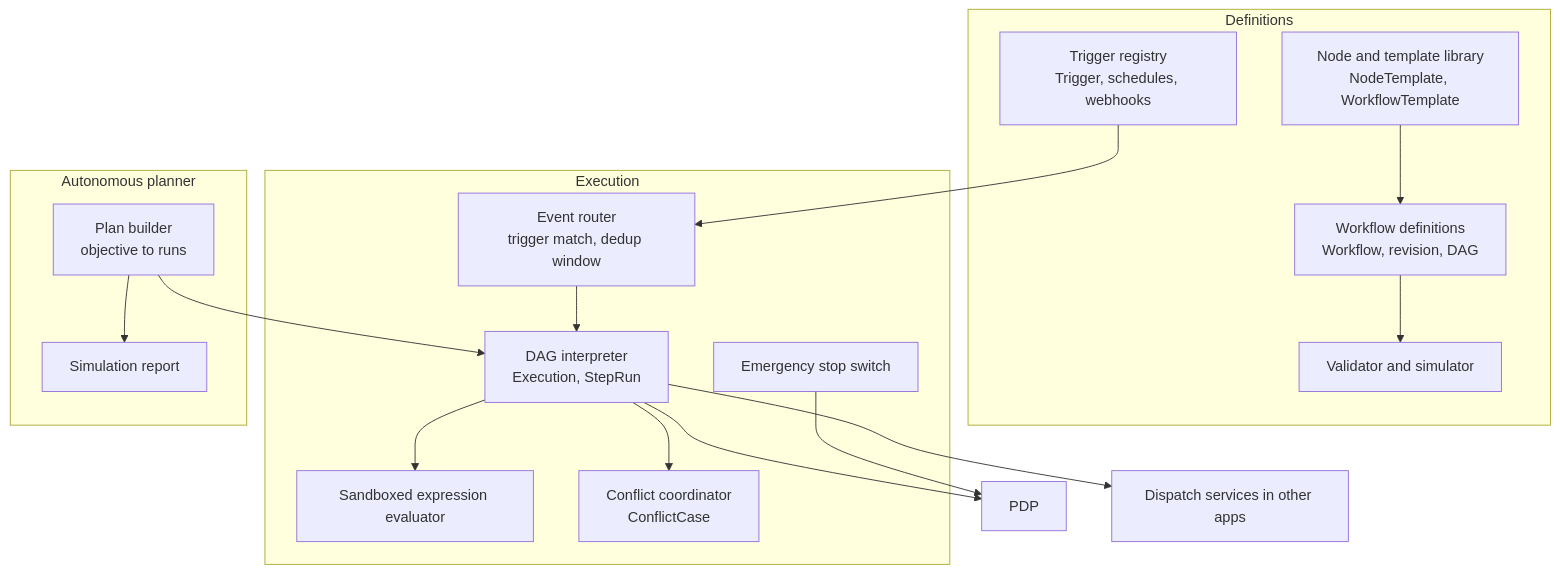
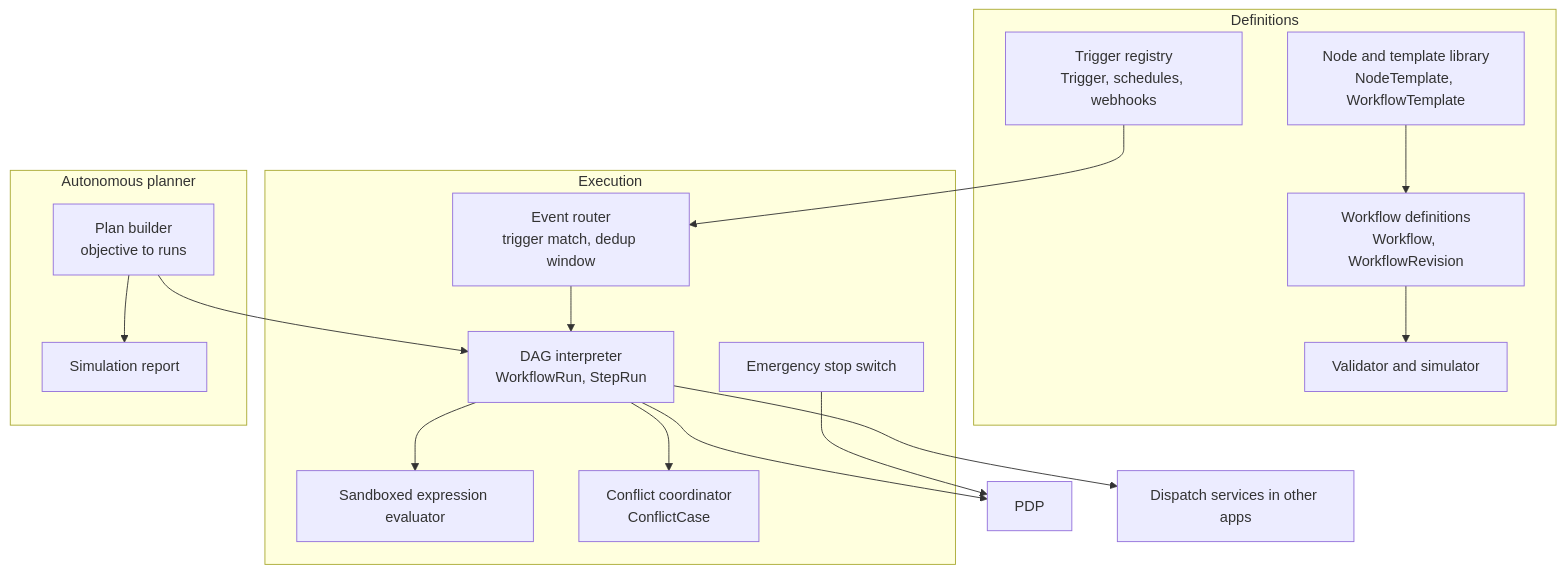
The eighth of 19 diagrams in blueprint/Part-03-1_Architecture.md (vishnukeerthi0428-ctrl/Allinonecalculator), drawn with Mermaid before and after one commit. The commit also changed other lines of this file and 1 other file, not shown here.

````diff
--- a/blueprint/Part-03-1_Architecture.md
+++ b/blueprint/Part-03-1_Architecture.md
@@ -493,33 +494,33 @@
 ```mermaid
 flowchart TD
   subgraph DEF["Definitions"]
-    WFD["Workflow definitions<br/>Workflow, revision, DAG"]
+    WFD["Workflow definitions<br/>Workflow, WorkflowRevision"]
     NTL["Node and template library<br/>NodeTemplate, WorkflowTemplate"]
     TRG["Trigger registry<br/>Trigger, schedules, webhooks"]
     VAL["Validator and simulator"]
   end
   subgraph RUN["Execution"]
     ROUT["Event router<br/>trigger match, dedup window"]
-    INT["DAG interpreter<br/>Execution, StepRun"]
+    INT["DAG interpreter<br/>WorkflowRun, StepRun"]
     EXPR["Sandboxed expression evaluator"]
     CONF["Conflict coordinator<br/>ConflictCase"]
     STOP["Emergency stop switch"]
   end
   subgraph PLAN["Autonomous planner"]
     PLA["Plan builder<br/>objective to runs"]
     SIMR["Simulation report"]
   end
   PDPY["PDP"]
   DSPY["Dispatch services in other apps"]
   NTL --> WFD
   WFD --> VAL
   TRG --> ROUT
   ROUT --> INT
   INT --> EXPR
   INT --> CONF
   INT --> PDPY
   INT --> DSPY
   STOP --> PDPY
   PLA --> SIMR
   PLA --> INT
 ```
````
